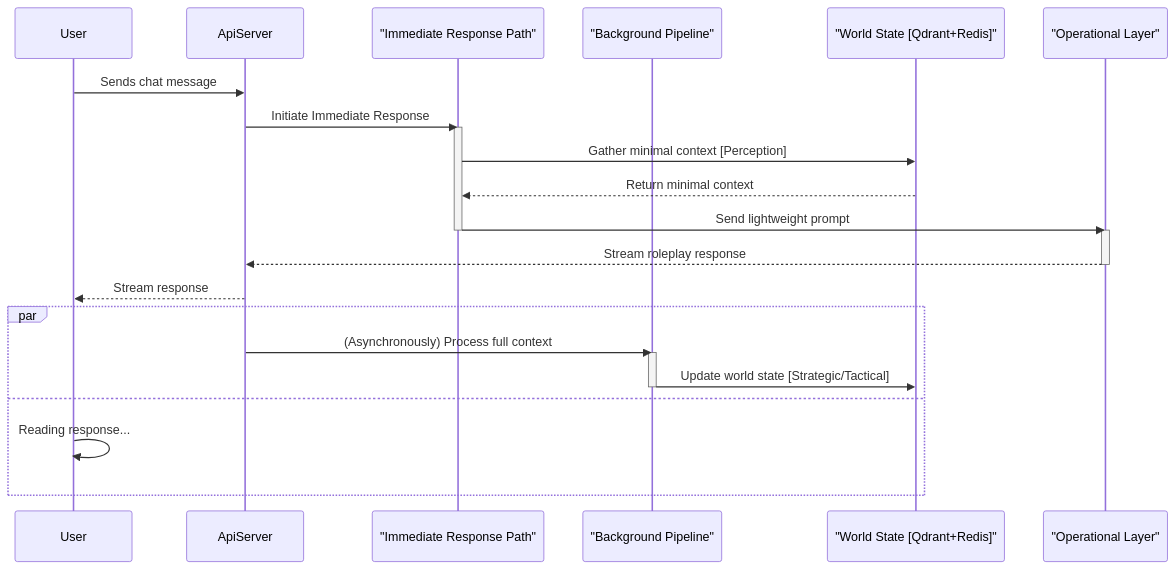
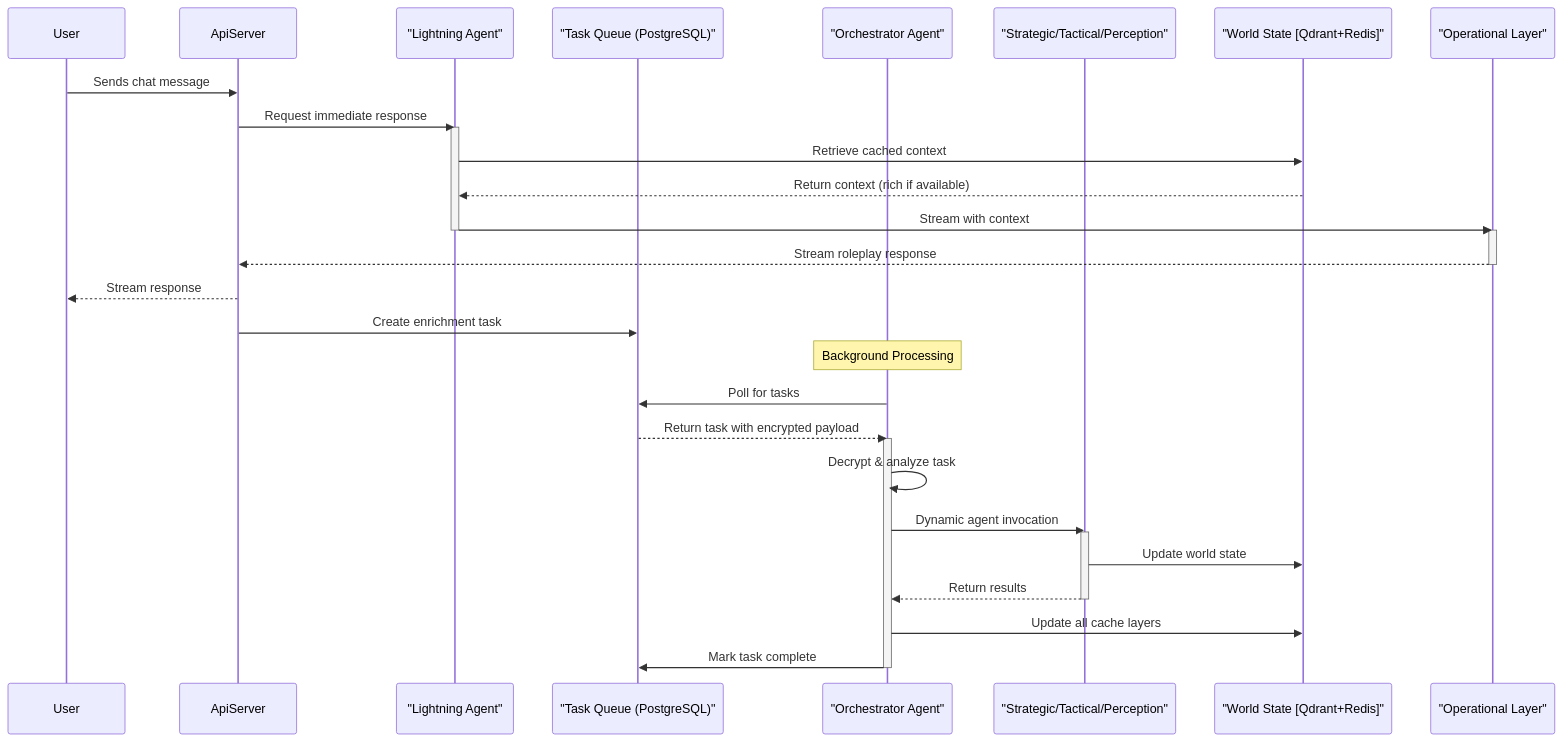
The diagram in docs/SANGUINE_SCRIBE_LIVING_WORLD_ARCHITECTURE.md (sanguinehost/scribe), drawn with Mermaid before and after one commit. The commit also changed other lines of this file and 1 other file, not shown here.

First line of the commit message:
docs(architecture): add Orchestrator layer as coordinating intelligence (v6.0)

````diff
--- a/docs/SANGUINE_SCRIBE_LIVING_WORLD_ARCHITECTURE.md
+++ b/docs/SANGUINE_SCRIBE_LIVING_WORLD_ARCHITECTURE.md
@@ -66,32 +99,40 @@
 ```mermaid
 sequenceDiagram
     participant User
     participant ApiServer
-    participant ImmediatePath as "Immediate Response Path"
-    participant BackgroundPipeline as "Background Pipeline"
+    participant Lightning as "Lightning Agent"
+    participant TaskQueue as "Task Queue (PostgreSQL)"
+    participant Orchestrator as "Orchestrator Agent"
+    participant Agents as "Strategic/Tactical/Perception"
     participant EcsAndVectorDB as "World State [Qdrant+Redis]"
     participant RoleplayAI as "Operational Layer"
 
     User->>ApiServer: Sends chat message
-    ApiServer->>ImmediatePath: Initiate Immediate Response
-    activate ImmediatePath
-    ImmediatePath->>EcsAndVectorDB: Gather minimal context [Perception]
-    EcsAndVectorDB-->>ImmediatePath: Return minimal context
-    ImmediatePath->>RoleplayAI: Send lightweight prompt
-    deactivate ImmediatePath
+    ApiServer->>Lightning: Request immediate response
+    activate Lightning
+    Lightning->>EcsAndVectorDB: Retrieve cached context
+    EcsAndVectorDB-->>Lightning: Return context (rich if available)
+    Lightning->>RoleplayAI: Stream with context
+    deactivate Lightning
     
     activate RoleplayAI
     RoleplayAI-->>ApiServer: Stream roleplay response
     deactivate RoleplayAI
     
     ApiServer-->>User: Stream response
+    ApiServer->>TaskQueue: Create enrichment task
     
-    par
-        ApiServer->>BackgroundPipeline: (Asynchronously) Process full context
-        activate BackgroundPipeline
-        BackgroundPipeline->>EcsAndVectorDB: Update world state [Strategic/Tactical]
-        deactivate BackgroundPipeline
-    and
-        User->>User: Reading response...
-    end
+    Note over Orchestrator: Background Processing
+    Orchestrator->>TaskQueue: Poll for tasks
+    TaskQueue-->>Orchestrator: Return task with encrypted payload
+    activate Orchestrator
+    Orchestrator->>Orchestrator: Decrypt & analyze task
+    Orchestrator->>Agents: Dynamic agent invocation
+    activate Agents
+    Agents->>EcsAndVectorDB: Update world state
+    Agents-->>Orchestrator: Return results
+    deactivate Agents
+    Orchestrator->>EcsAndVectorDB: Update all cache layers
+    Orchestrator->>TaskQueue: Mark task complete
+    deactivate Orchestrator
 ```
````
